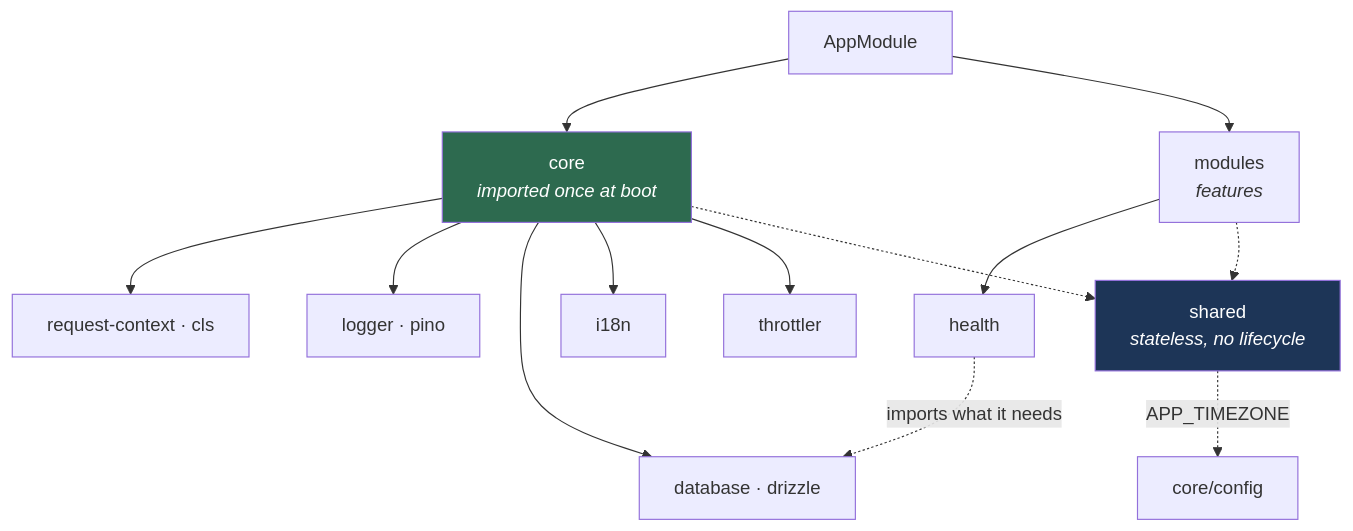
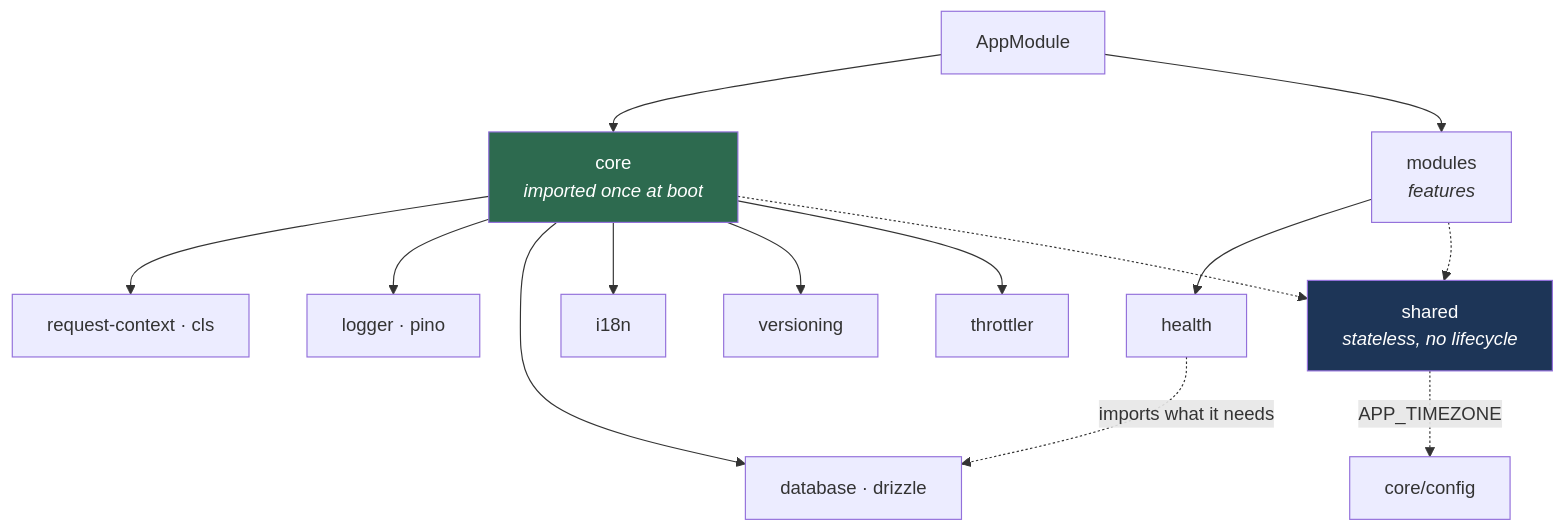
One commit to toraaoo/fullstack-monorepo changed the first of 2 diagrams in apps/api/README.md. Above: the diagram before and after it, drawn with Mermaid. The commit also changed other lines of this file and 1 other file, not shown here.

Commit message:
docs: describe Accept-header API versioning

````diff
--- a/apps/api/README.md
+++ b/apps/api/README.md
@@ -22,22 +23,23 @@
 ```mermaid
 flowchart TD
     APP["AppModule"] --> CORE["core<br/><i>imported once at boot</i>"]
     APP --> MOD["modules<br/><i>features</i>"]
 
     CORE --> RC["request-context · cls"]
     CORE --> LOG["logger · pino"]
     CORE --> DB["database · drizzle"]
     CORE --> I18N["i18n"]
+    CORE --> VER["versioning"]
     CORE --> THR["throttler"]
 
     MOD --> HEALTH["health"]
     HEALTH -.->|"imports what it needs"| DB
 
     SHARED["shared<br/><i>stateless, no lifecycle</i>"]
     MOD -.-> SHARED
     CORE -.-> SHARED
     SHARED -.->|"APP_TIMEZONE"| CFG["core/config"]
 
     style SHARED fill:#1d3557,color:#fff
     style CORE fill:#2d6a4f,color:#fff
 ```
````
